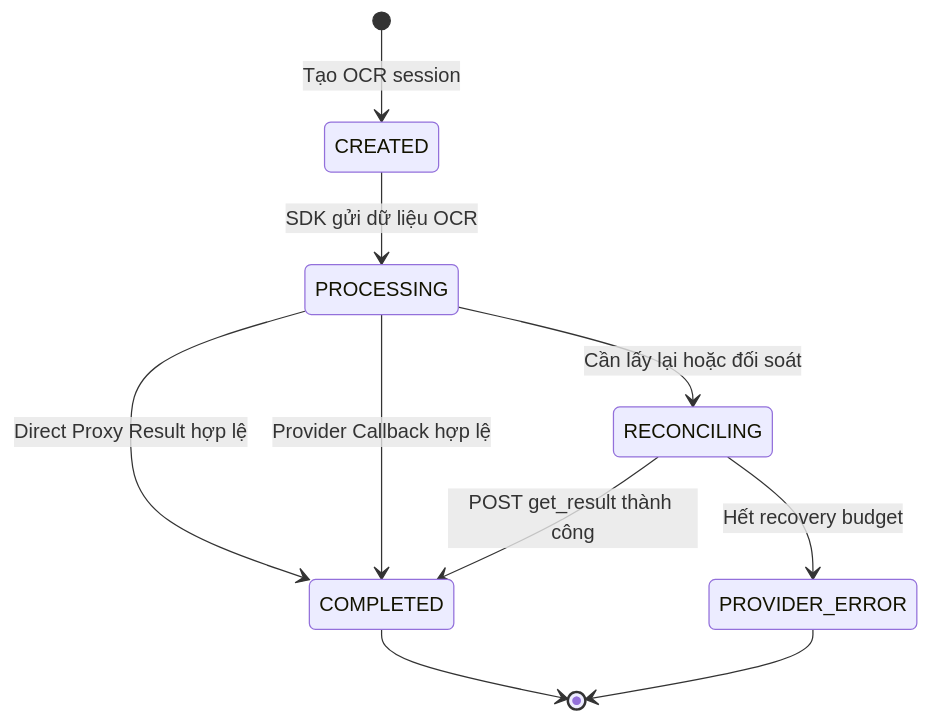
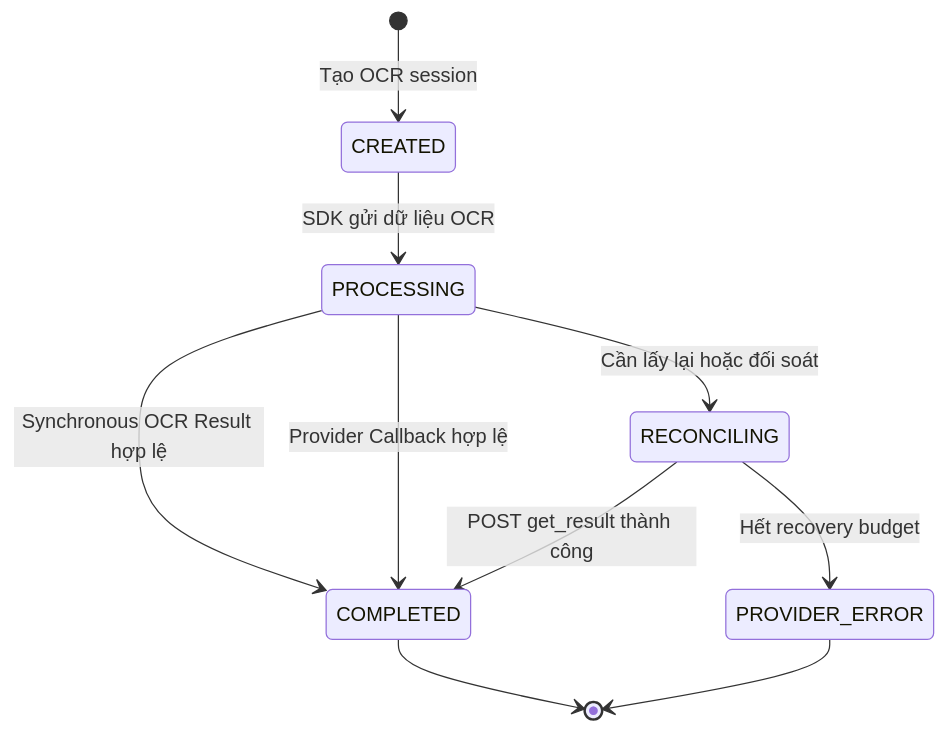
One commit to huynv-xyz/vhm changed the third of 9 diagrams in noxh.md. Above: the diagram before and after it, drawn with Mermaid. The commit also changed other lines of this file, not shown here.

````diff
--- a/noxh.md
+++ b/noxh.md
@@ -353,12 +299,12 @@
 ```mermaid
 stateDiagram-v2
     [*] --> CREATED: Tạo OCR session
     CREATED --> PROCESSING: SDK gửi dữ liệu OCR
-    PROCESSING --> COMPLETED: Direct Proxy Result hợp lệ
+    PROCESSING --> COMPLETED: Synchronous OCR Result hợp lệ
     PROCESSING --> COMPLETED: Provider Callback hợp lệ
     PROCESSING --> RECONCILING: Cần lấy lại hoặc đối soát
     RECONCILING --> COMPLETED: POST get_result thành công
     RECONCILING --> PROVIDER_ERROR: Hết recovery budget
     COMPLETED --> [*]
     PROVIDER_ERROR --> [*]
 ```
````
